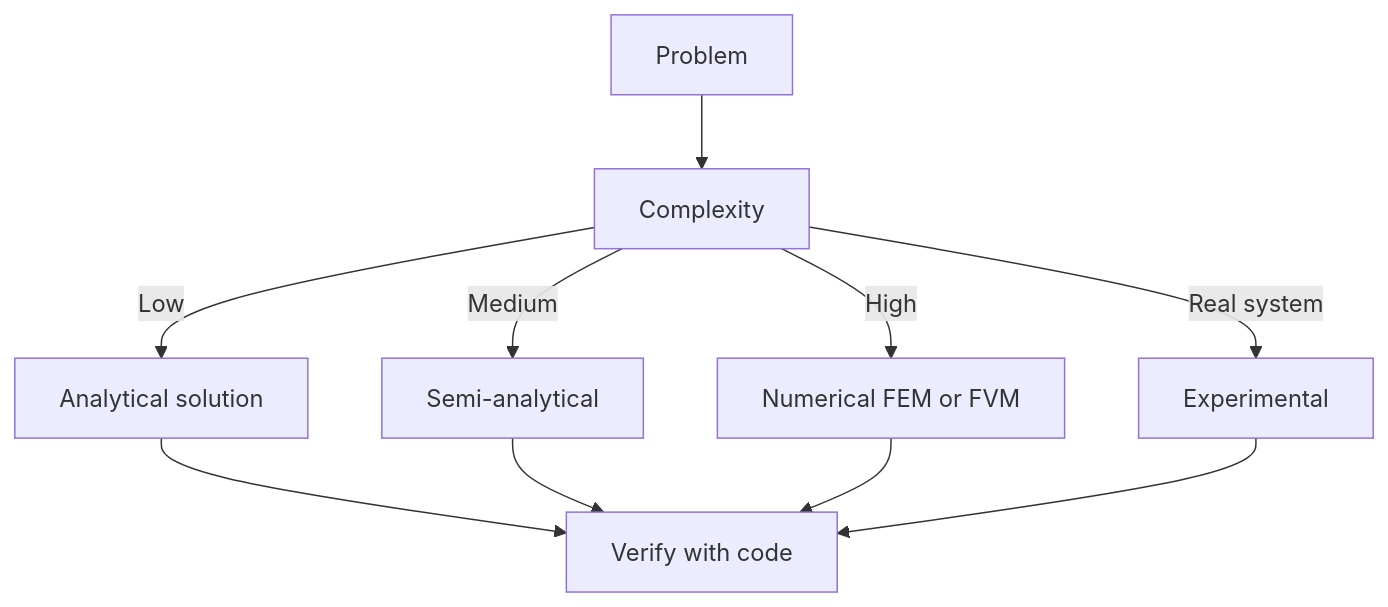
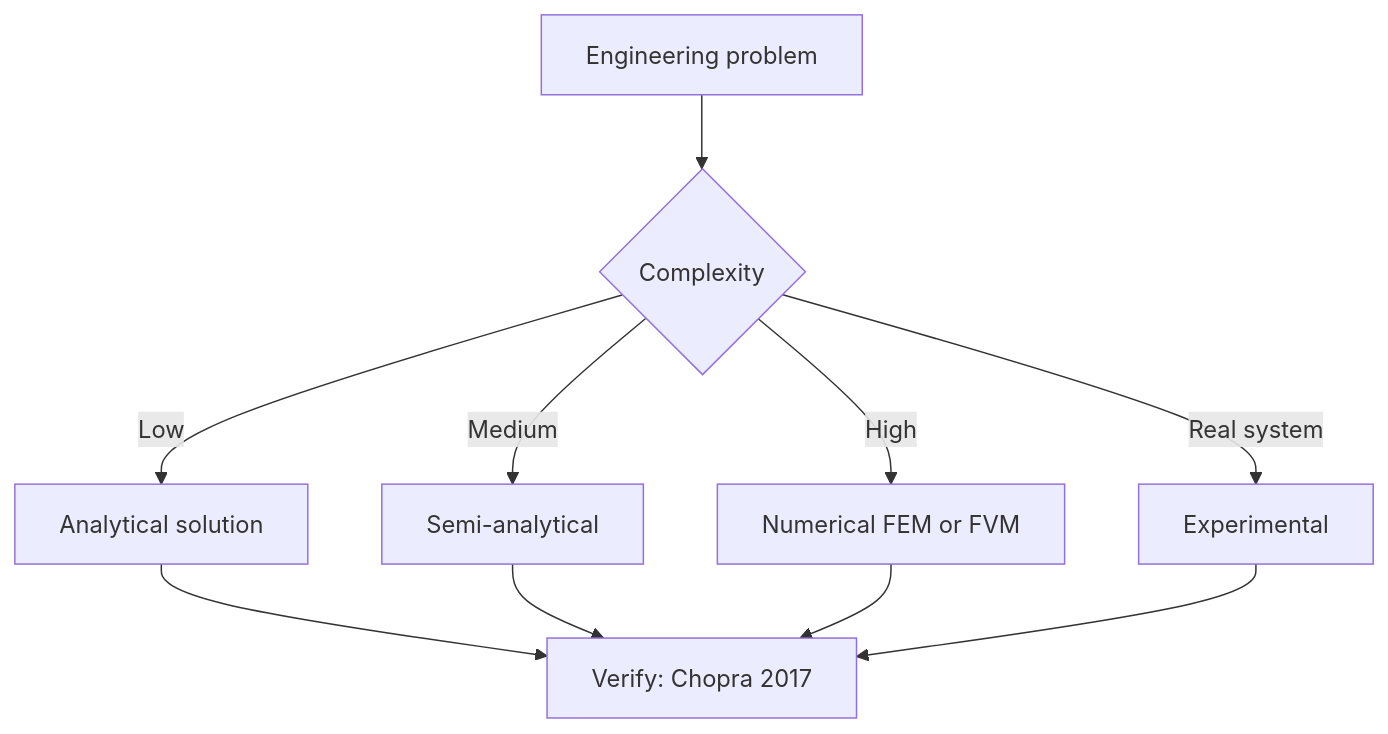
The third of 6 diagrams in MIT_CEE_UREs/6.0001_Introduction_to_CS_Programming_in_Python.md (yip-lgtm/civil-bootcamp), drawn with Mermaid before and after one commit. The commit also changed other lines of this file and 56 other files, not shown here.

````diff
--- a/MIT_CEE_UREs/6.0001_Introduction_to_CS_Programming_in_Python.md
+++ b/MIT_CEE_UREs/6.0001_Introduction_to_CS_Programming_in_Python.md
@@ -385,12 +462,12 @@
 ```mermaid
 flowchart TD
-    Start[Problem] --> Q[Complexity]
-    Q -->|Low| Anal[Analytical solution]
-    Q -->|Medium| Semi[Semi-analytical]
-    Q -->|High| Num[Numerical FEM or FVM]
-    Q -->|Real system| Exp[Experimental]
-    Anal --> V[Verify with code]
-    Semi --> V
-    Num --> V
-    Exp --> V
+    A[Engineering problem] --> B{Complexity}
+    B -->|Low| C[Analytical solution]
+    B -->|Medium| D[Semi-analytical]
+    B -->|High| E[Numerical FEM or FVM]
+    B -->|Real system| F[Experimental]
+    C --> G[Verify: Chopra 2017]
+    D --> G
+    E --> G
+    F --> G
 ```
````
